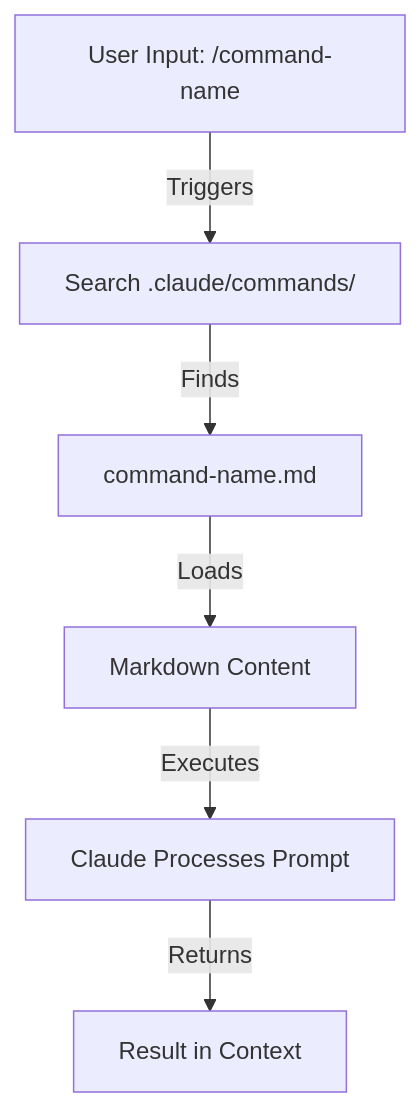
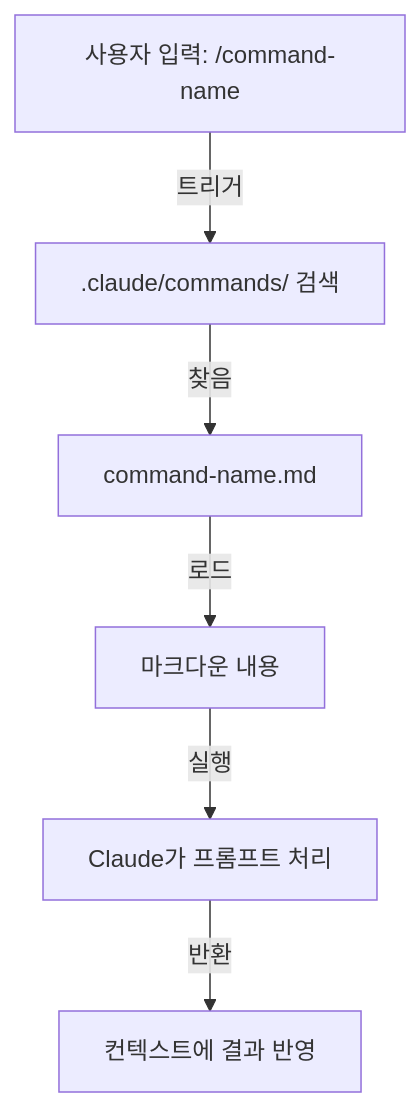
One commit to KIMDONGWHEE99/howkorean changed the first of 31 diagrams in claude_concepts_guide.md. Above: the diagram before and after it, drawn with Mermaid. The commit also changed other lines of this file, not shown here.

First line of the commit message:
docs(claude_concepts_guide): 한국어로 번역

````diff
--- a/claude_concepts_guide.md
+++ b/claude_concepts_guide.md
@@ -41,8 +41,8 @@
 ```mermaid
 graph TD
-    A["User Input: /command-name"] -->|Triggers| B["Search .claude/commands/"]
-    B -->|Finds| C["command-name.md"]
-    C -->|Loads| D["Markdown Content"]
-    D -->|Executes| E["Claude Processes Prompt"]
-    E -->|Returns| F["Result in Context"]
+    A["사용자 입력: /command-name"] -->|트리거| B[".claude/commands/ 검색"]
+    B -->|찾음| C["command-name.md"]
+    C -->|로드| D["마크다운 내용"]
+    D -->|실행| E["Claude가 프롬프트 처리"]
+    E -->|반환| F["컨텍스트에 결과 반영"]
 ```
````
